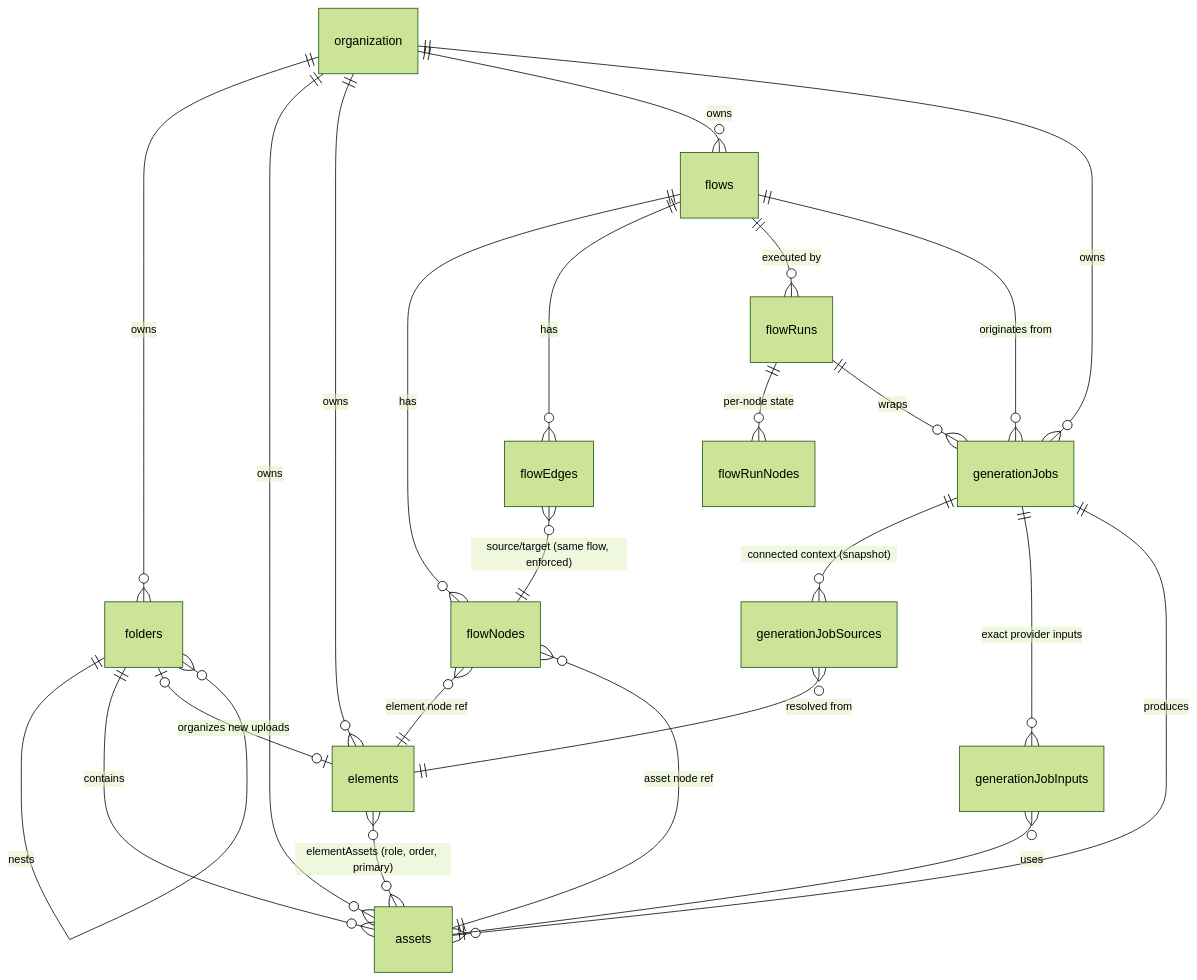
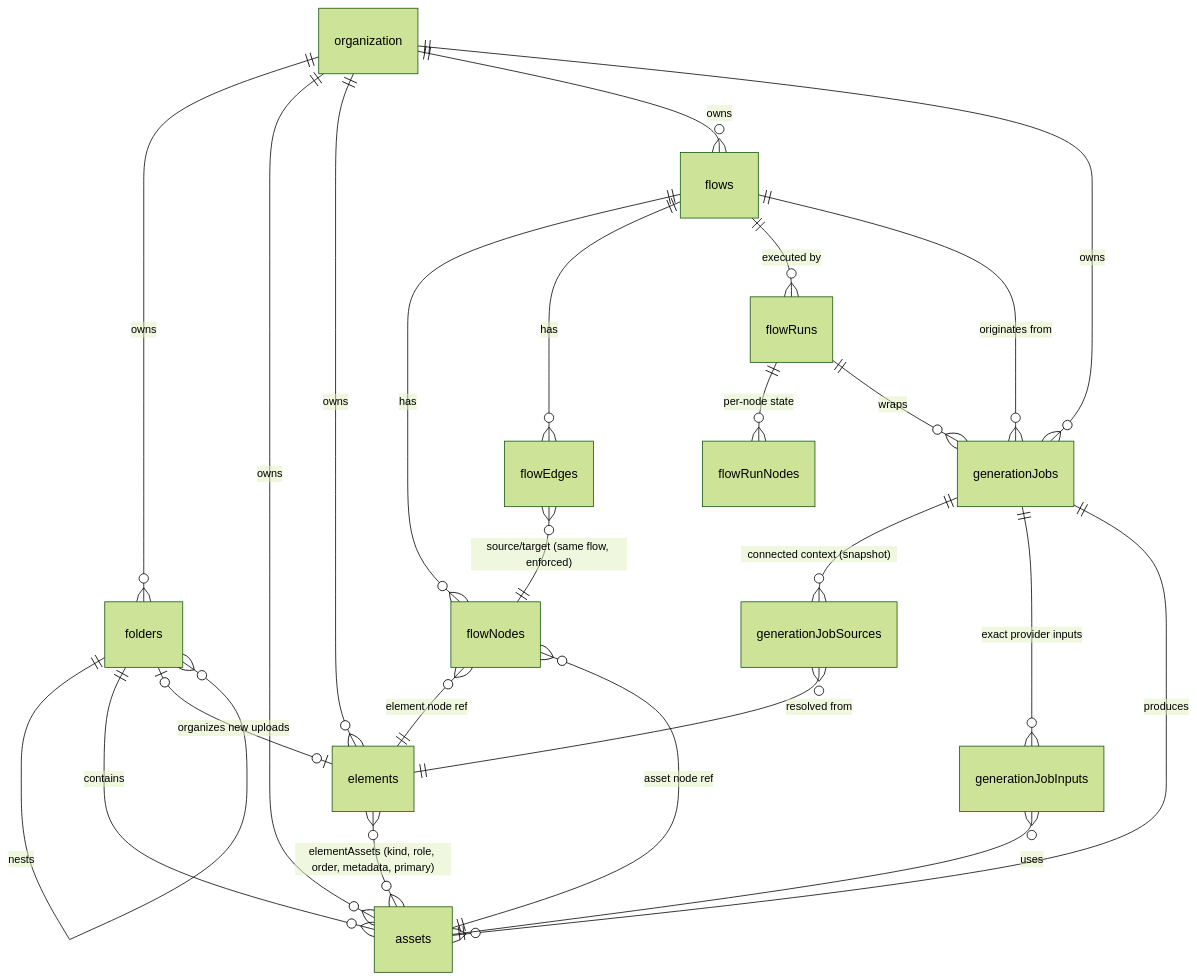
The diagram in docs/db-design-planning-v2.md (leognmotta/talelabs), drawn with Mermaid (forest theme) before and after one commit. The commit also changed other lines of this file and 6 other files, not shown here.

````diff
--- a/docs/db-design-planning-v2.md
+++ b/docs/db-design-planning-v2.md
@@ -102,30 +102,30 @@
 ```mermaid
 erDiagram
     organization ||--o{ folders : owns
     organization ||--o{ assets : owns
     organization ||--o{ elements : owns
     organization ||--o{ flows : owns
     organization ||--o{ generationJobs : owns
 
     folders ||--o{ folders : nests
     folders ||--o{ assets : contains
     folders o|--o| elements : "organizes new uploads"
 
-    elements }o--o{ assets : "elementAssets (role, order, primary)"
+    elements }o--o{ assets : "elementAssets (kind, role, order, metadata, primary)"
 
     flows ||--o{ flowNodes : has
     flows ||--o{ flowEdges : has
     flows ||--o{ flowRuns : "executed by"
     flowRuns ||--o{ flowRunNodes : "per-node state"
     flowRuns ||--o{ generationJobs : wraps
     flowNodes }o--|| elements : "element node ref"
     flowNodes }o--|| assets : "asset node ref"
     flowEdges }o--|| flowNodes : "source/target (same flow, enforced)"
 
     generationJobs }o--|| flows : "originates from"
     generationJobs ||--o{ generationJobSources : "connected context (snapshot)"
     generationJobs ||--o{ generationJobInputs : "exact provider inputs"
     generationJobs ||--o{ assets : produces
     generationJobSources }o--|| elements : "resolved from"
     generationJobInputs }o--|| assets : uses
 ```
````
